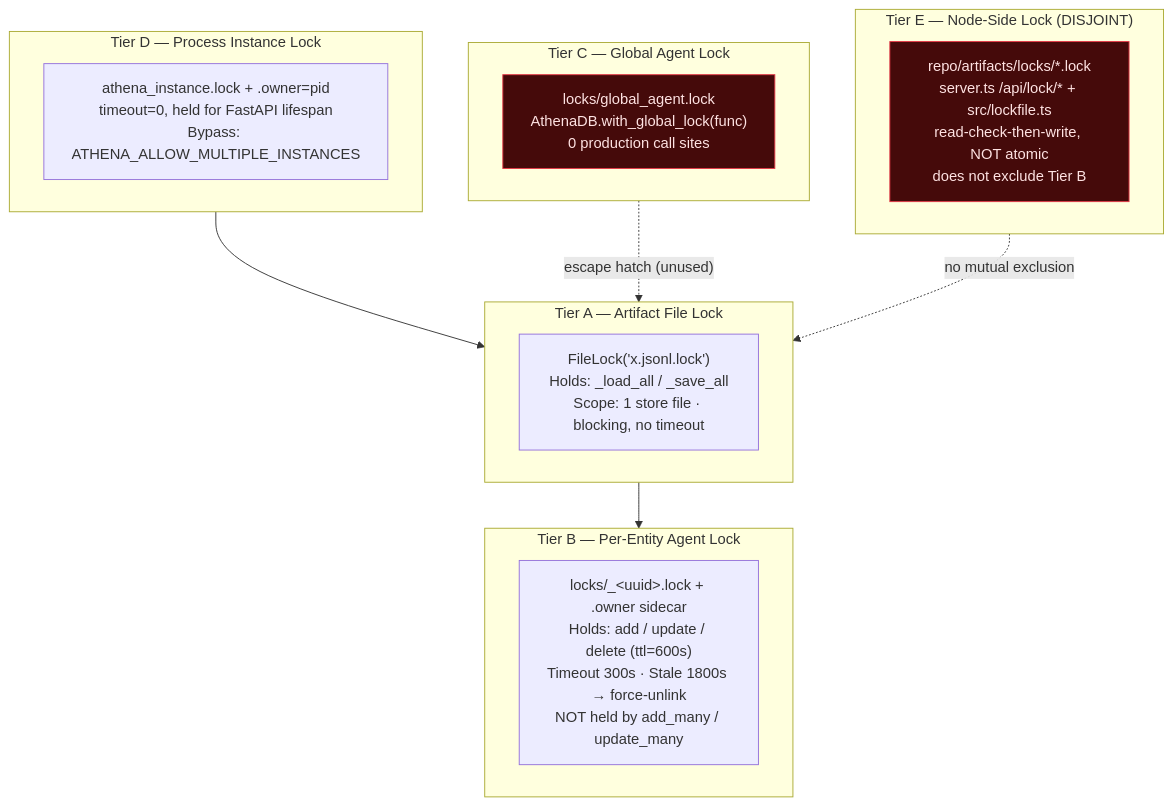
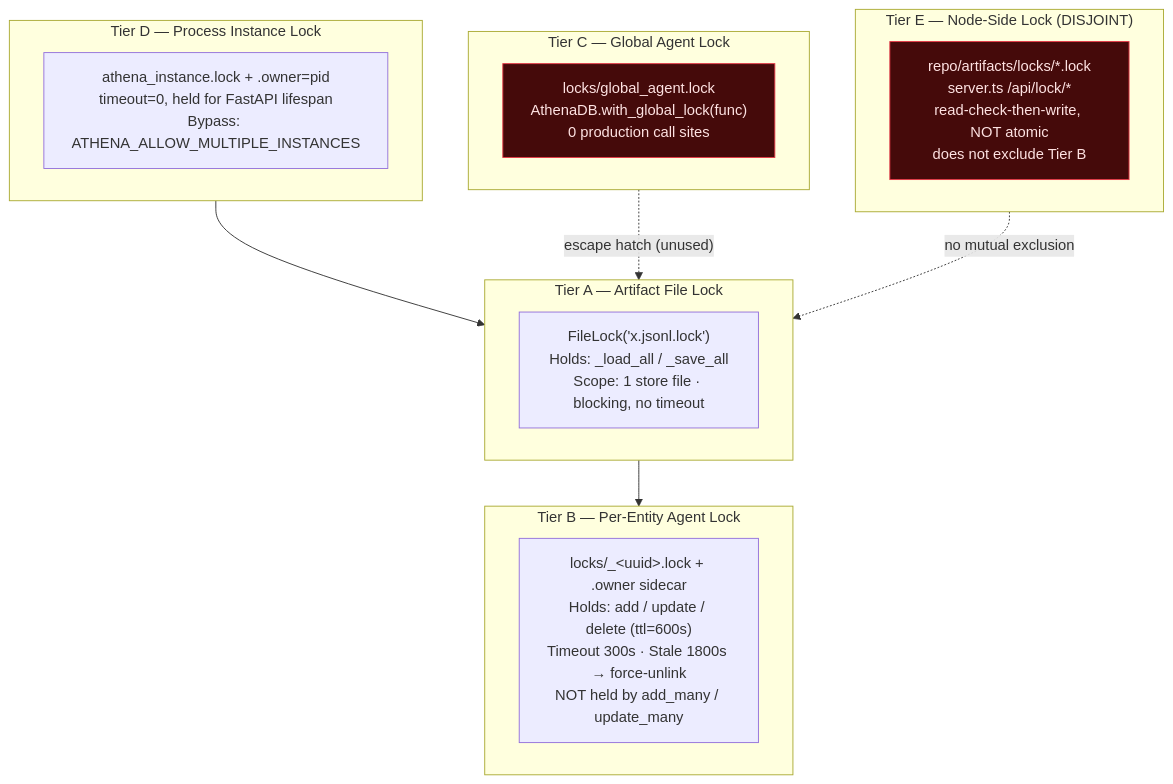
One commit to jmlusu/athena changed the third of 7 diagrams in docs/DATA_STORES.md. Above: the diagram before and after it, drawn with Mermaid. The commit also changed other lines of this file and 7 other files, not shown here.

````diff
--- a/docs/DATA_STORES.md
+++ b/docs/DATA_STORES.md
@@ -226,24 +226,24 @@
 ```mermaid
 graph TB
     subgraph L4["Tier D — Process Instance Lock"]
         D1["athena_instance.lock + .owner=pid<br/>timeout=0, held for FastAPI lifespan<br/>Bypass: ATHENA_ALLOW_MULTIPLE_INSTANCES"]
     end
     subgraph L1["Tier A — Artifact File Lock"]
         A1["FileLock('x.jsonl.lock')<br/>Holds: _load_all / _save_all<br/>Scope: 1 store file · blocking, no timeout"]
     end
     subgraph L2["Tier B — Per-Entity Agent Lock"]
         B1["locks/_&lt;uuid&gt;.lock + .owner sidecar<br/>Holds: add / update / delete (ttl=600s)<br/>Timeout 300s · Stale 1800s → force-unlink<br/>NOT held by add_many / update_many"]
     end
     subgraph L3["Tier C — Global Agent Lock"]
         C1["locks/global_agent.lock<br/>AthenaDB.with_global_lock(func)<br/>0 production call sites"]
     end
     subgraph L5["Tier E — Node-Side Lock (DISJOINT)"]
-        E1["repo/artifacts/locks/*.lock<br/>server.ts /api/lock/* + src/lockfile.ts<br/>read-check-then-write, NOT atomic<br/>does not exclude Tier B"]
+        E1["repo/artifacts/locks/*.lock<br/>server.ts /api/lock/*<br/>read-check-then-write, NOT atomic<br/>does not exclude Tier B"]
     end
     L4 --> L1 --> L2
     L3 -.->|"escape hatch (unused)"| L1
     L5 -.->|"no mutual exclusion"| L1
 
     classDef warn fill:#450A0A,stroke:#E63946,color:#FEE2E2
     class C1,E1 warn
 ```
````
